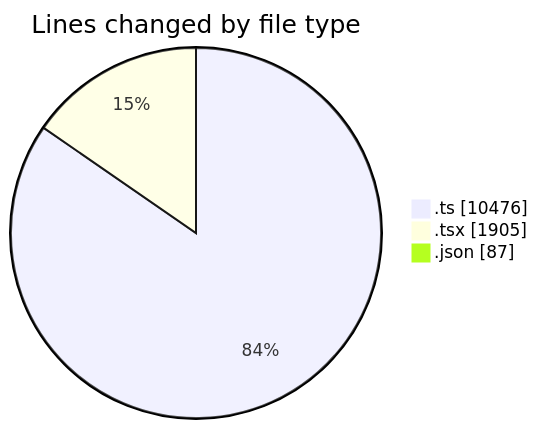
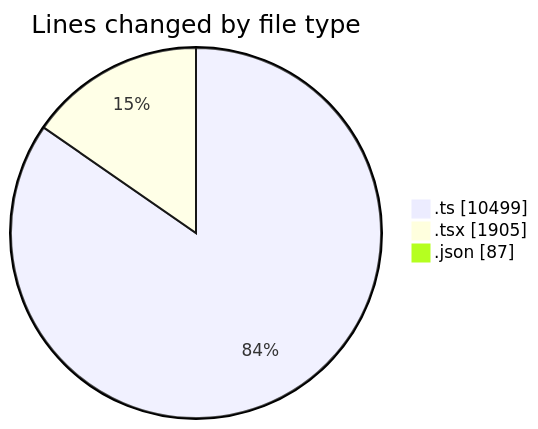
One commit to momahboobian/code-tracking changed the first of 2 diagrams in 2025-07-14/cda/README.md. Above: the diagram before and after it, drawn with Mermaid. The commit also changed other lines of this file and 1 other file, not shown here.

````diff
--- a/2025-07-14/cda/README.md
+++ b/2025-07-14/cda/README.md
@@ -29,7 +29,7 @@
 ```mermaid
 pie showData
 title Lines changed by file type
-".ts" : 10476
+".ts" : 10499
 ".tsx" : 1905
 ".json" : 87
 ```
````
